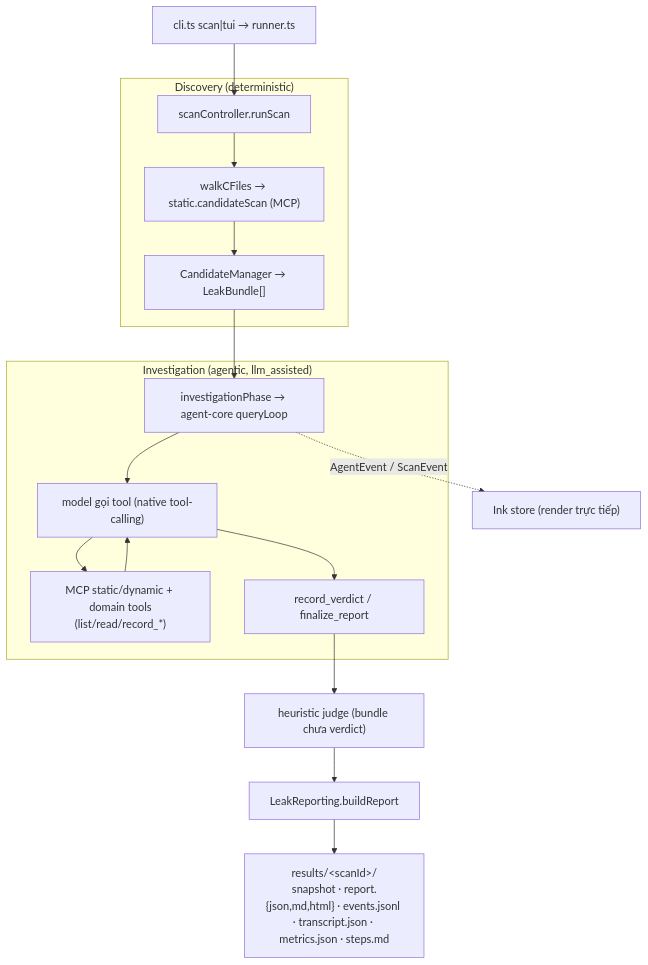
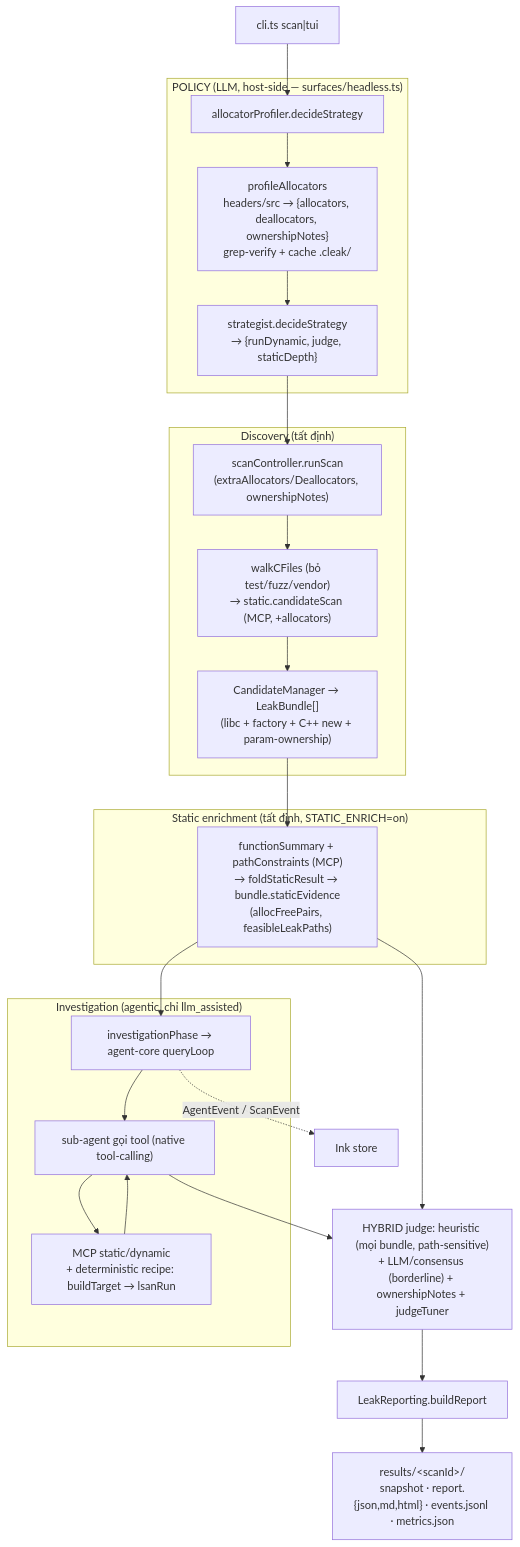
One commit to ledunguit/cleak changed the second of 3 diagrams in docs/ARCHITECTURE.md. Above: the diagram before and after it, drawn with Mermaid. The commit also changed other lines of this file and 7 other files, not shown here.

````diff
--- a/docs/ARCHITECTURE.md
+++ b/docs/ARCHITECTURE.md
@@ -103,19 +114,27 @@
 ```mermaid
 flowchart TB
-    A["cli.ts scan|tui → runner.ts"] --> B["scanController.runScan"]
-    subgraph Disc["Discovery (deterministic)"]
-        B --> C["walkCFiles → static.candidateScan (MCP)"]
-        C --> D["CandidateManager → LeakBundle[]"]
+    A["cli.ts scan|tui"] --> H0
+    subgraph Pol["POLICY (LLM, host-side — surfaces/headless.ts)"]
+        H0["allocatorProfiler.decideStrategy"] --> P["profileAllocators<br/>headers/src → {allocators, deallocators, ownershipNotes}<br/>grep-verify + cache .cleak/"]
+        P --> S["strategist.decideStrategy<br/>→ {runDynamic, judge, staticDepth}"]
     end
-    subgraph Inv["Investigation (agentic, llm_assisted)"]
-        D --> E["investigationPhase → agent-core queryLoop"]
-        E --> F["model gọi tool (native tool-calling)"]
-        F --> G["MCP static/dynamic + domain tools<br/>(list/read/record_*)"]
+    S --> B["scanController.runScan<br/>(extraAllocators/Deallocators, ownershipNotes)"]
+    subgraph Disc["Discovery (tất định)"]
+        B --> C["walkCFiles (bỏ test/fuzz/vendor)<br/>→ static.candidateScan (MCP, +allocators)"]
+        C --> D["CandidateManager → LeakBundle[]<br/>(libc + factory + C++ new + param-ownership)"]
+    end
+    subgraph Enr["Static enrichment (tất định, STATIC_ENRICH=on)"]
+        D --> EN["functionSummary + pathConstraints (MCP)<br/>→ foldStaticResult → bundle.staticEvidence<br/>(allocFreePairs, feasibleLeakPaths)"]
+    end
+    subgraph Inv["Investigation (agentic, chỉ llm_assisted)"]
+        EN --> E["investigationPhase → agent-core queryLoop"]
+        E --> F["sub-agent gọi tool (native tool-calling)"]
+        F --> G["MCP static/dynamic<br/>+ deterministic recipe: buildTarget → lsanRun"]
         G --> F
-        F --> H["record_verdict / finalize_report"]
     end
-    H --> J["heuristic judge (bundle chưa verdict)"]
+    EN --> J
+    F --> J["HYBRID judge: heuristic (mọi bundle, path-sensitive)<br/>+ LLM/consensus (borderline) + ownershipNotes + judgeTuner"]
     J --> K["LeakReporting.buildReport"]
-    K --> L["results/&lt;scanId&gt;/<br/>snapshot · report.{json,md,html} · events.jsonl · transcript.json · metrics.json · steps.md"]
-    E -. "AgentEvent / ScanEvent" .-> TUI["Ink store (render trực tiếp)"]
+    K --> L["results/&lt;scanId&gt;/<br/>snapshot · report.{json,md,html} · events.jsonl · metrics.json"]
+    E -. "AgentEvent / ScanEvent" .-> TUI["Ink store"]
 ```
````
